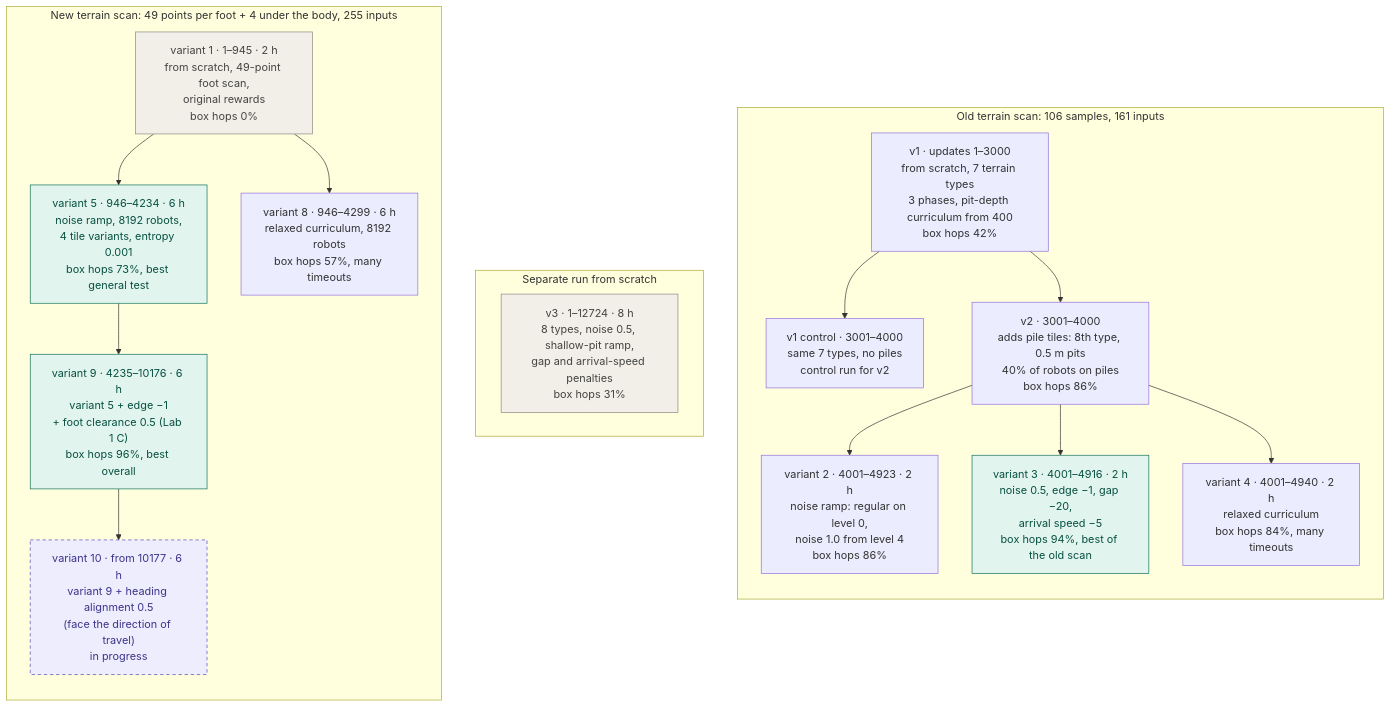
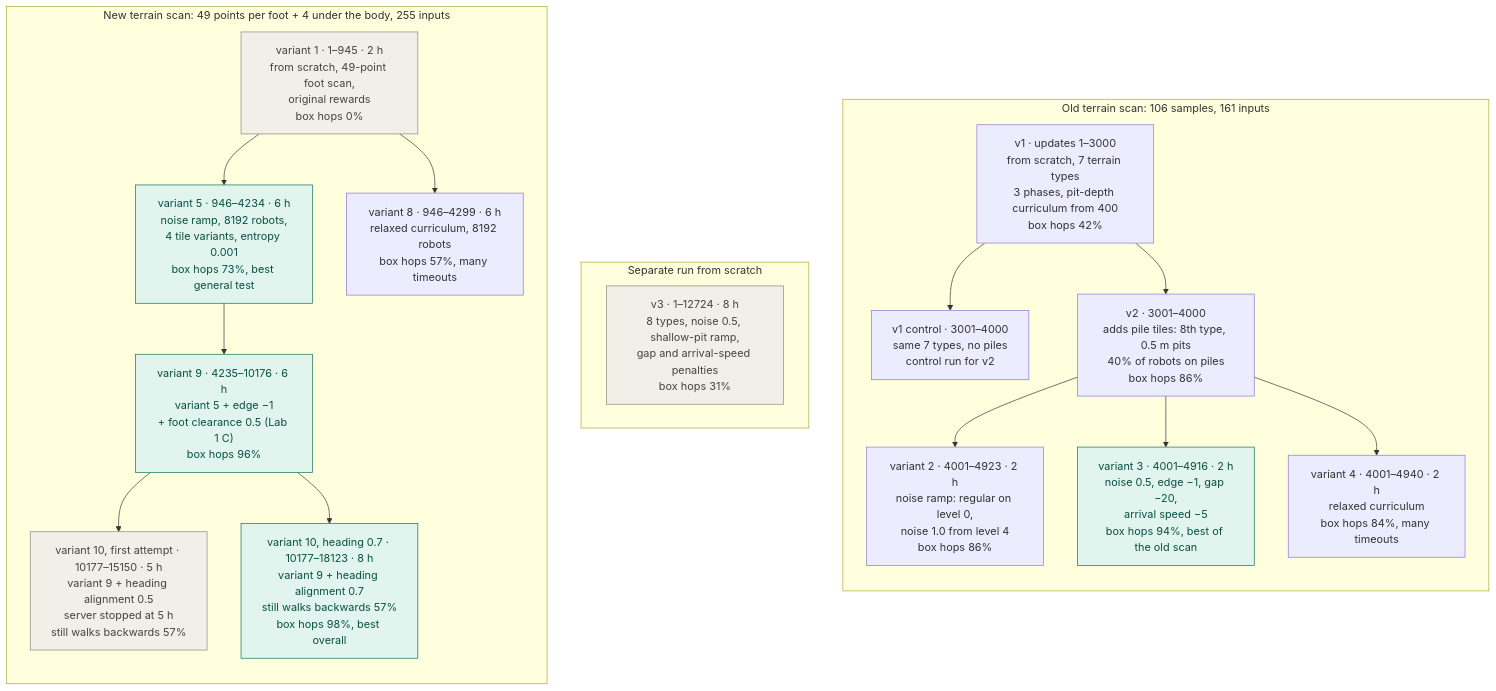
The diagram in docs/TRAINING_VARIANTS.md (TanmayKumar-EngStud/quadrupedal-locomotion-with-local-perception-), drawn with Mermaid before and after one commit. The commit also changed other lines of this file and 6 other files, not shown here.

First line of the commit message:
Add variant 10 (heading 0.7, 8 h): results, bundle and config

````diff
--- a/docs/TRAINING_VARIANTS.md
+++ b/docs/TRAINING_VARIANTS.md
@@ -689,38 +768,38 @@
 ```mermaid
 flowchart TD
   subgraph OLD["Old terrain scan: 106 samples, 161 inputs"]
     direction TB
     V1["v1 · updates 1–3000<br/>from scratch, 7 terrain types<br/>3 phases, pit-depth curriculum from 400<br/>box hops 42%"]
     V1C["v1 control · 3001–4000<br/>same 7 types, no piles<br/>control run for v2"]
     V2["v2 · 3001–4000<br/>adds pile tiles: 8th type, 0.5 m pits<br/>40% of robots on piles<br/>box hops 86%"]
     VA2["variant 2 · 4001–4923 · 2 h<br/>noise ramp: regular on level 0,<br/>noise 1.0 from level 4<br/>box hops 86%"]
     VA3["variant 3 · 4001–4916 · 2 h<br/>noise 0.5, edge −1, gap −20,<br/>arrival speed −5<br/>box hops 94%, best of the old scan"]
     VA4["variant 4 · 4001–4940 · 2 h<br/>relaxed curriculum<br/>box hops 84%, many timeouts"]
     V1 --> V1C
     V1 --> V2
     V2 --> VA2
     V2 --> VA3
     V2 --> VA4
   end
   subgraph SCRATCH["Separate run from scratch"]
     V3["v3 · 1–12724 · 8 h<br/>8 types, noise 0.5, shallow-pit ramp,<br/>gap and arrival-speed penalties<br/>box hops 31%"]
   end
   subgraph NEW["New terrain scan: 49 points per foot + 4 under the body, 255 inputs"]
     direction TB
     VA1["variant 1 · 1–945 · 2 h<br/>from scratch, 49-point foot scan,<br/>original rewards<br/>box hops 0%"]
     VA5["variant 5 · 946–4234 · 6 h<br/>noise ramp, 8192 robots,<br/>4 tile variants, entropy 0.001<br/>box hops 73%, best general test"]
     VA8["variant 8 · 946–4299 · 6 h<br/>relaxed curriculum, 8192 robots<br/>box hops 57%, many timeouts"]
-    VA9["variant 9 · 4235–10176 · 6 h<br/>variant 5 + edge −1<br/>+ foot clearance 0.5 (Lab 1 C)<br/>box hops 96%, best overall"]
-    VA10["variant 10 · from 10177 · 6 h<br/>variant 9 + heading alignment 0.5<br/>(face the direction of travel)<br/>in progress"]
+    VA9["variant 9 · 4235–10176 · 6 h<br/>variant 5 + edge −1<br/>+ foot clearance 0.5 (Lab 1 C)<br/>box hops 96%"]
+    VA10["variant 10, first attempt · 10177–15150 · 5 h<br/>variant 9 + heading alignment 0.5<br/>server stopped at 5 h<br/>still walks backwards 57%"]
+    VA10B["variant 10, heading 0.7 · 10177–18123 · 8 h<br/>variant 9 + heading alignment 0.7<br/>still walks backwards 57%<br/>box hops 98%, best overall"]
     VA1 --> VA5
     VA1 --> VA8
     VA5 --> VA9
     VA9 --> VA10
+    VA9 --> VA10B
   end
   classDef best fill:#E1F5EE,stroke:#0F6E56,color:#085041
   classDef weak fill:#F1EFE8,stroke:#888780,color:#444441
-  classDef running fill:#EEEDFE,stroke:#534AB7,color:#3C3489,stroke-dasharray:5 4
-  class VA3,VA5,VA9 best
-  class V3,VA1 weak
-  class VA10 running
+  class VA3,VA5,VA9,VA10B best
+  class V3,VA1,VA10 weak
 ```
````
